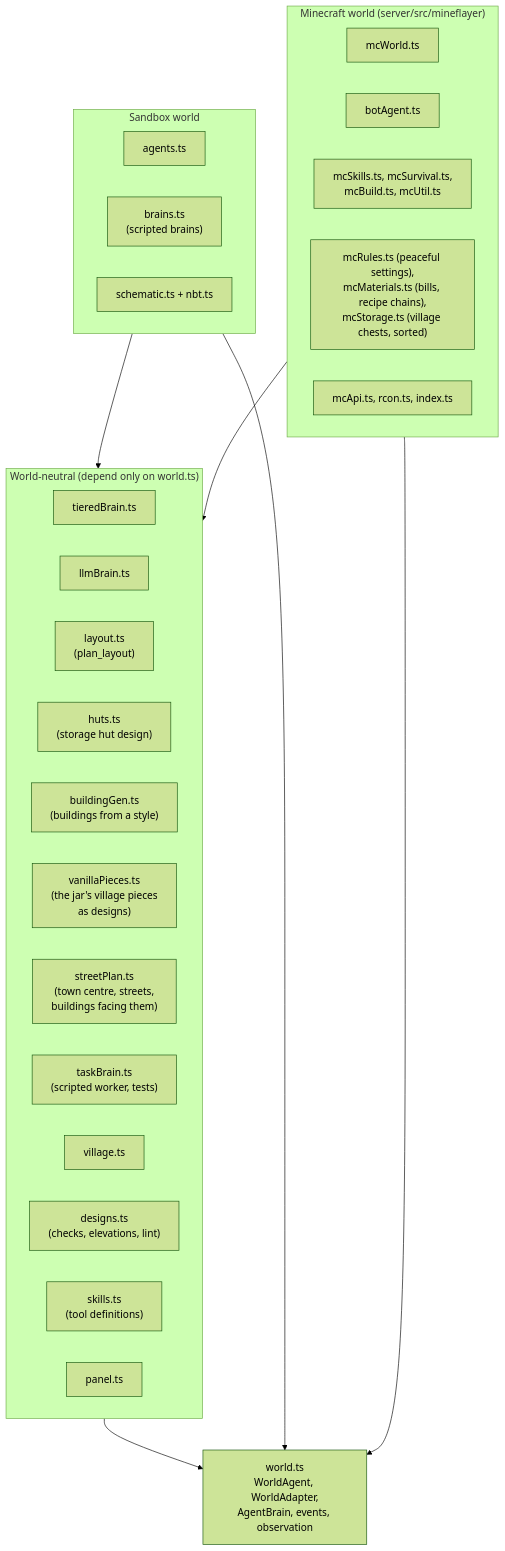
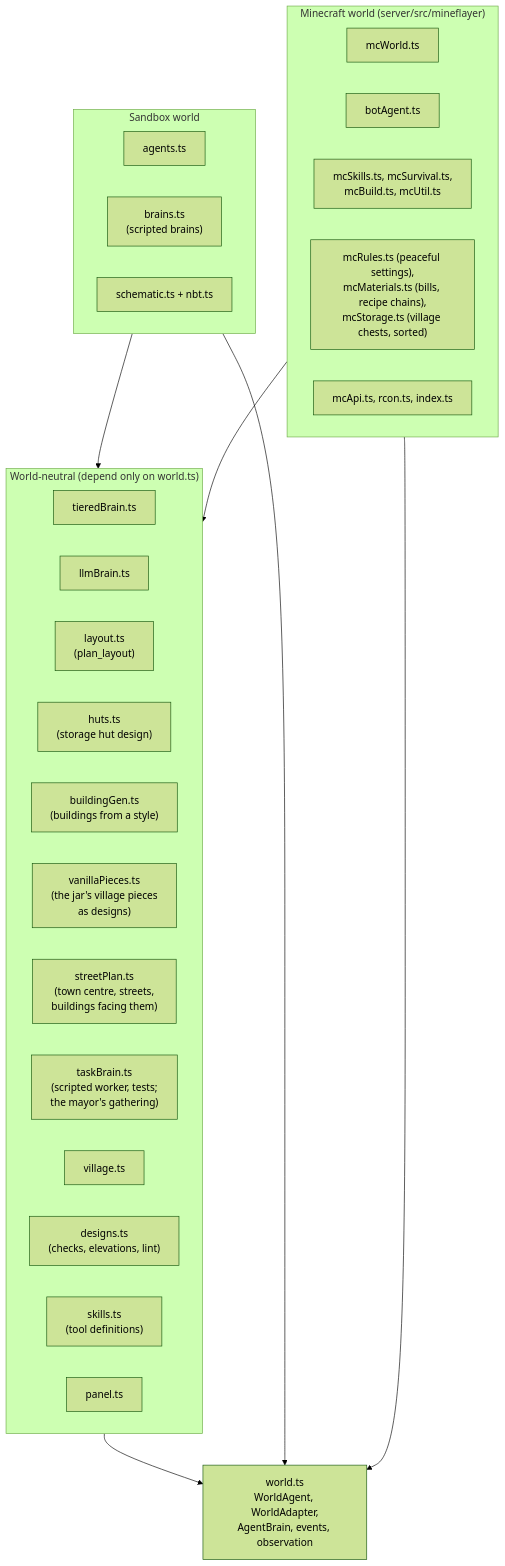
Before and after one commit to delphium226/MCAISandbox: the third of 16 diagrams in docs/ARCHITECTURE.md, drawn with Mermaid (forest theme). The commit also changed other lines of this file and 2 other files, not shown here.

First line of the commit message:
V2.3m docs and run record: README, ARCHITECTURE, PLAN

````diff
--- a/docs/ARCHITECTURE.md
+++ b/docs/ARCHITECTURE.md
@@ -144,35 +144,35 @@
 ```mermaid
 flowchart TB
   subgraph neutral["World-neutral (depend only on world.ts)"]
     tiered["tieredBrain.ts"]
     llm["llmBrain.ts"]
     layoutts["layout.ts<br/>(plan_layout)"]
     huts["huts.ts<br/>(storage hut design)"]
     gen["buildingGen.ts<br/>(buildings from a style)"]
     vanilla["vanillaPieces.ts<br/>(the jar's village pieces<br/>as designs)"]
     street["streetPlan.ts<br/>(town centre, streets,<br/>buildings facing them)"]
-    taskb["taskBrain.ts<br/>(scripted worker, tests)"]
+    taskb["taskBrain.ts<br/>(scripted worker, tests;<br/>the mayor's gathering)"]
     village["village.ts"]
     designs["designs.ts<br/>(checks, elevations, lint)"]
     skills["skills.ts<br/>(tool definitions)"]
     panelts["panel.ts"]
   end
   world["world.ts<br/>WorldAgent, WorldAdapter,<br/>AgentBrain, events, observation"]
   subgraph sandbox["Sandbox world"]
     agents["agents.ts"]
     brains["brains.ts<br/>(scripted brains)"]
     schematic["schematic.ts + nbt.ts"]
   end
   subgraph minecraft["Minecraft world (server/src/mineflayer)"]
     mcworld["mcWorld.ts"]
     bot["botAgent.ts"]
     mcskills["mcSkills.ts, mcSurvival.ts,<br/>mcBuild.ts, mcUtil.ts"]
     mcecon["mcRules.ts (peaceful settings),<br/>mcMaterials.ts (bills, recipe chains),<br/>mcStorage.ts (village chests, sorted)"]
     mcapi["mcApi.ts, rcon.ts, index.ts"]
   end
   neutral --> world
   sandbox --> world
   minecraft --> world
   sandbox --> neutral
   minecraft --> neutral
 ```
````
